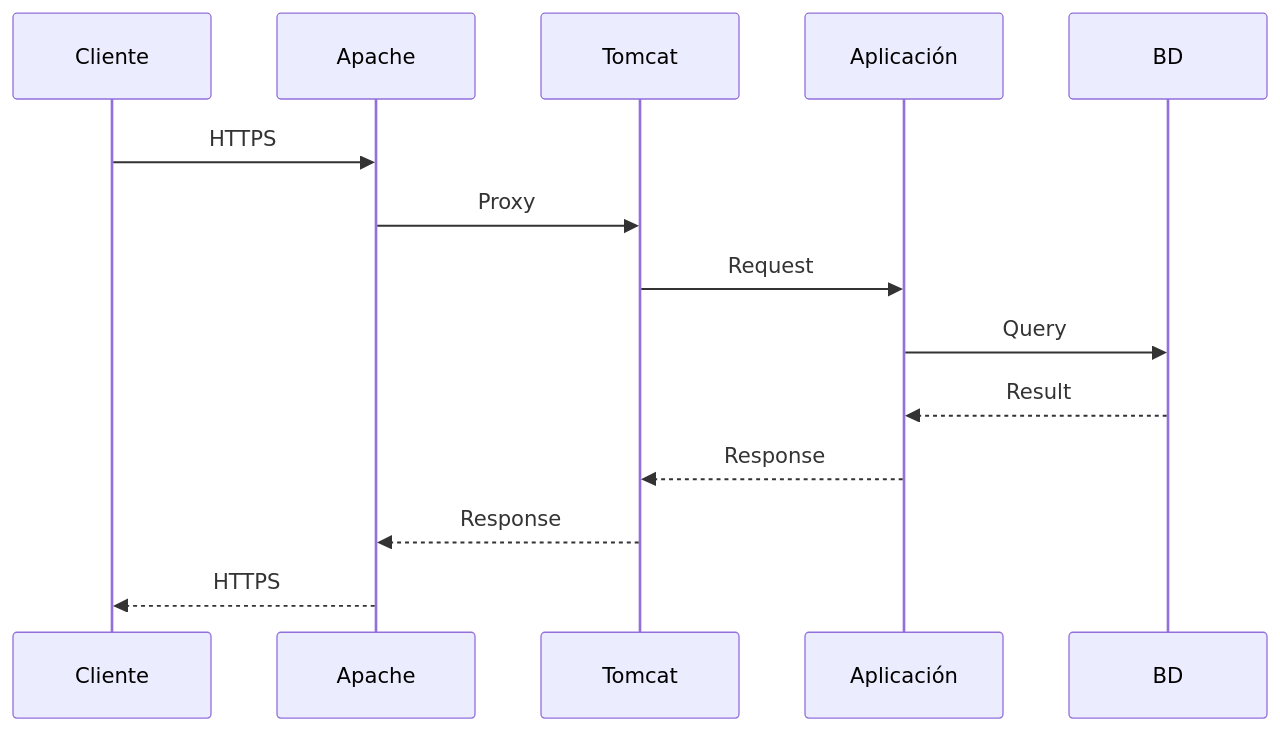
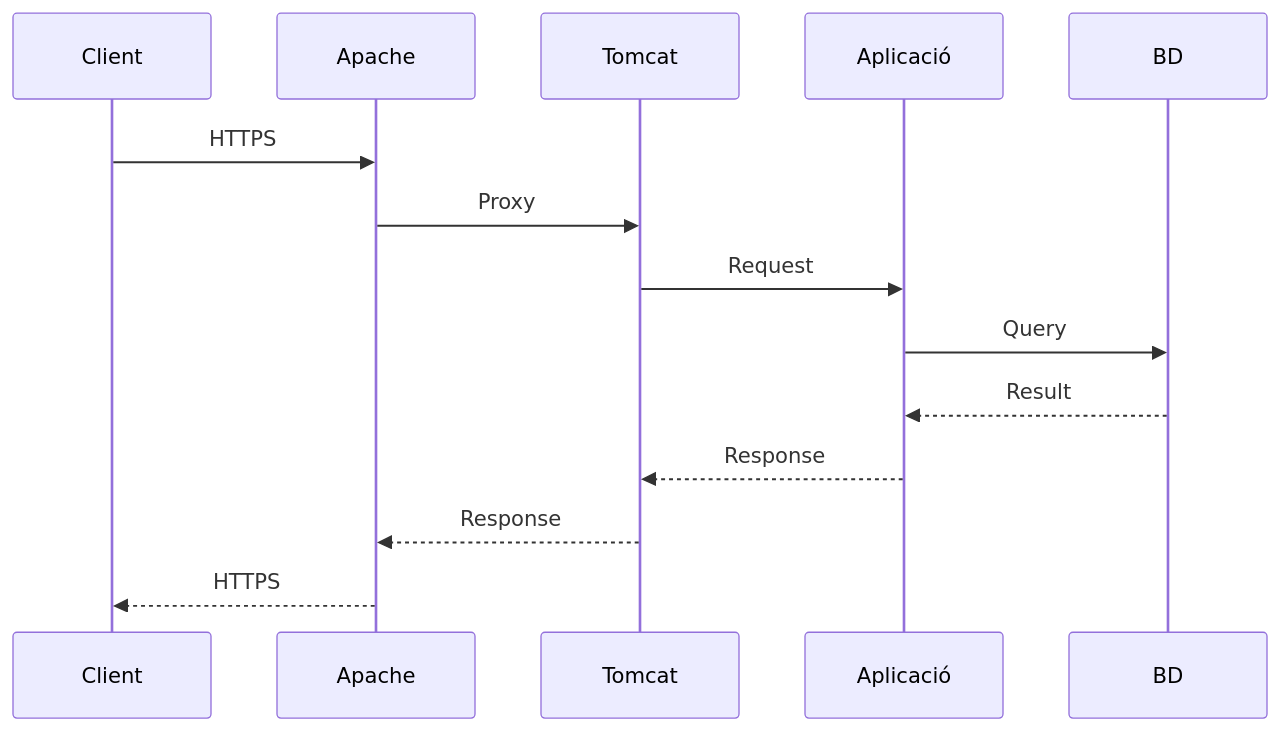
Before and after one commit to jordicido/jordicina: the sixth of 6 diagrams in docs/daw-daw/up3/07-pruebas-rendimiento.md, drawn with Mermaid. The commit also changed other lines of this file and 10 other files, not shown here.

````diff
--- a/docs/daw-daw/up3/07-pruebas-rendimiento.md
+++ b/docs/daw-daw/up3/07-pruebas-rendimiento.md
@@ -402,17 +402,17 @@
 ```mermaid
 sequenceDiagram
-    participant C as Cliente
+    participant C as Client
     participant A as Apache
     participant T as Tomcat
-    participant APP as Aplicación
+    participant APP as Aplicació
     participant DB as BD
 
     C->>A: HTTPS
     A->>T: Proxy
     T->>APP: Request
     APP->>DB: Query
     DB-->>APP: Result
     APP-->>T: Response
     T-->>A: Response
     A-->>C: HTTPS
 ```
````
